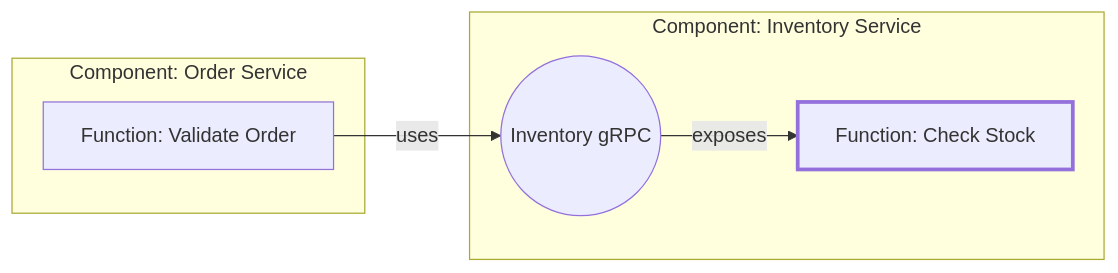
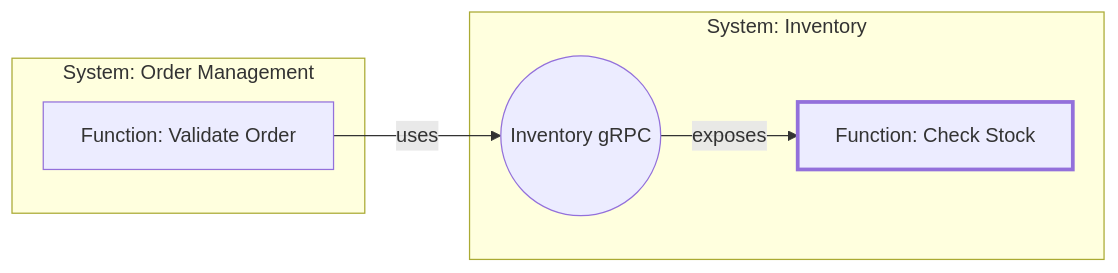
Before and after one commit to mykhailo-kulish/contour: the seventh of 8 diagrams in contour.md, drawn with Mermaid. The commit also changed other lines of this file, not shown here.

````diff
--- a/contour.md
+++ b/contour.md
@@ -1328,13 +1502,13 @@
 ```mermaid
 graph LR
-    subgraph OrderSvc [Component: Order Service]
+    subgraph OM [System: Order Management]
         ValidateOrder[Function: Validate Order]
     end
-    subgraph Inventory [Component: Inventory Service]
+    subgraph Inventory [System: Inventory]
         InvGrpc(("Inventory gRPC"))
         CheckStock[Function: Check Stock]:::ext
     end
     ValidateOrder -->|uses| InvGrpc
     InvGrpc -->|exposes| CheckStock
     classDef ext stroke-width:3px
 ```
````
